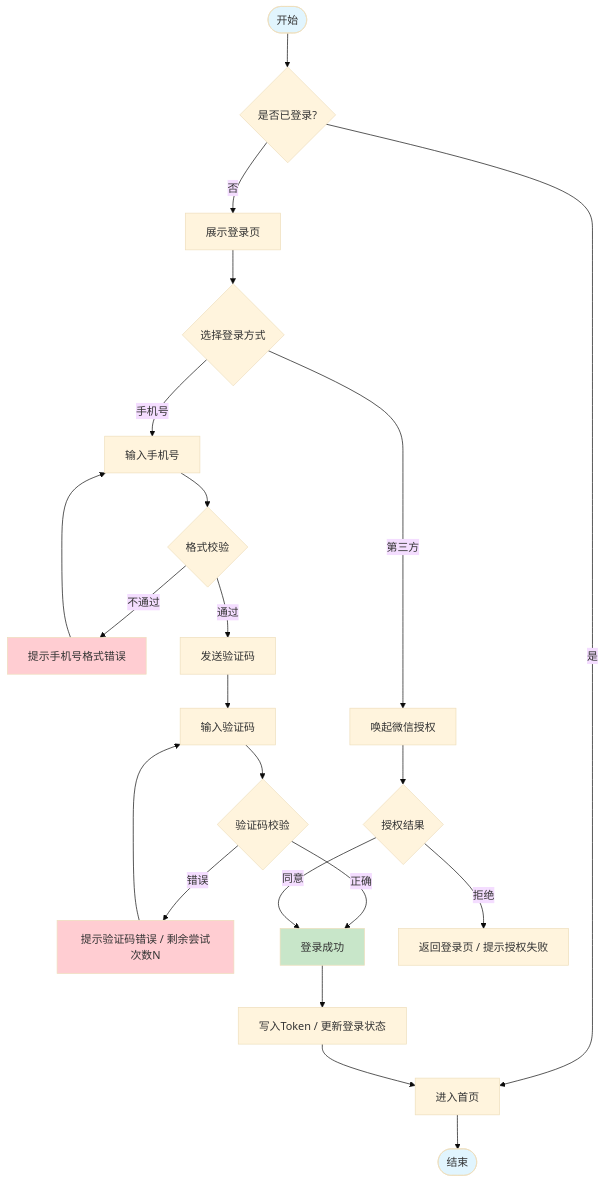
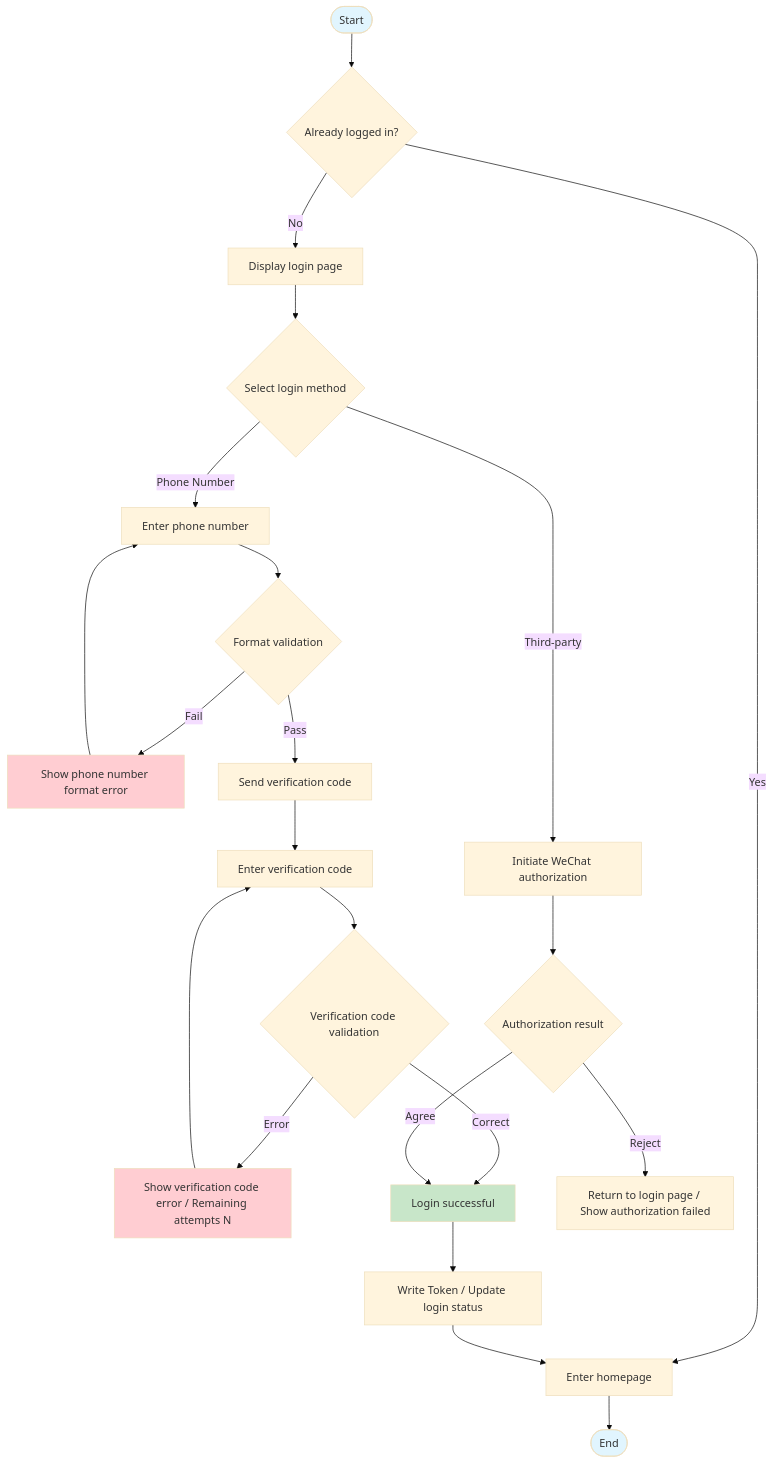
One commit to Kirky-X/cangjie changed the fourth of 12 diagrams in templates/产品/产品层/【模板】产品需求文档.md. Above: the diagram before and after it, drawn with Mermaid (base theme). The commit also changed other lines of this file and 60 other files, not shown here.

````diff
--- a/templates/产品/产品层/【模板】产品需求文档.md
+++ b/templates/产品/产品层/【模板】产品需求文档.md
@@ -222,30 +222,30 @@
 ```mermaid
 flowchart TD
-    Start([开始]) --> A{是否已登录?}
-    A -->|是| B[进入首页]
-    A -->|否| C[展示登录页]
-    C --> D{选择登录方式}
-    D -->|手机号| E[输入手机号]
-    D -->|第三方| F[唤起微信授权]
-    E --> G{格式校验}
-    G -->|不通过| H[提示手机号格式错误]
+    Start([Start]) --> A{Already logged in?}
+    A -->|Yes| B[Enter homepage]
+    A -->|No| C[Display login page]
+    C --> D{Select login method}
+    D -->|Phone Number| E[Enter phone number]
+    D -->|Third-party| F[Initiate WeChat authorization]
+    E --> G{Format validation}
+    G -->|Fail| H[Show phone number format error]
     H --> E
-    G -->|通过| I[发送验证码]
-    I --> J[输入验证码]
-    J --> K{验证码校验}
-    K -->|错误| L[提示验证码错误 / 剩余尝试次数N]
+    G -->|Pass| I[Send verification code]
+    I --> J[Enter verification code]
+    J --> K{Verification code validation}
+    K -->|Error| L[Show verification code error / Remaining attempts N]
     L --> J
-    K -->|正确| M[登录成功]
-    F --> N{授权结果}
-    N -->|拒绝| O[返回登录页 / 提示授权失败]
-    N -->|同意| M
-    M --> P[写入Token / 更新登录状态]
+    K -->|Correct| M[Login successful]
+    F --> N{Authorization result}
+    N -->|Reject| O[Return to login page / Show authorization failed]
+    N -->|Agree| M
+    M --> P[Write Token / Update login status]
     P --> B
-    B --> End([结束])
+    B --> End([End])
 
     style Start fill:#e1f5fe
     style End fill:#e1f5fe
     style M fill:#c8e6c9
     style H fill:#ffcdd2
     style L fill:#ffcdd2
 ```
````
